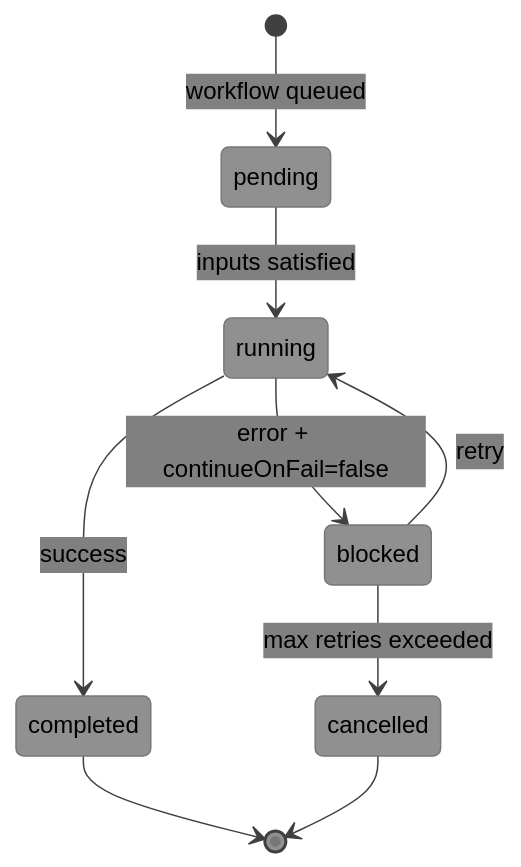
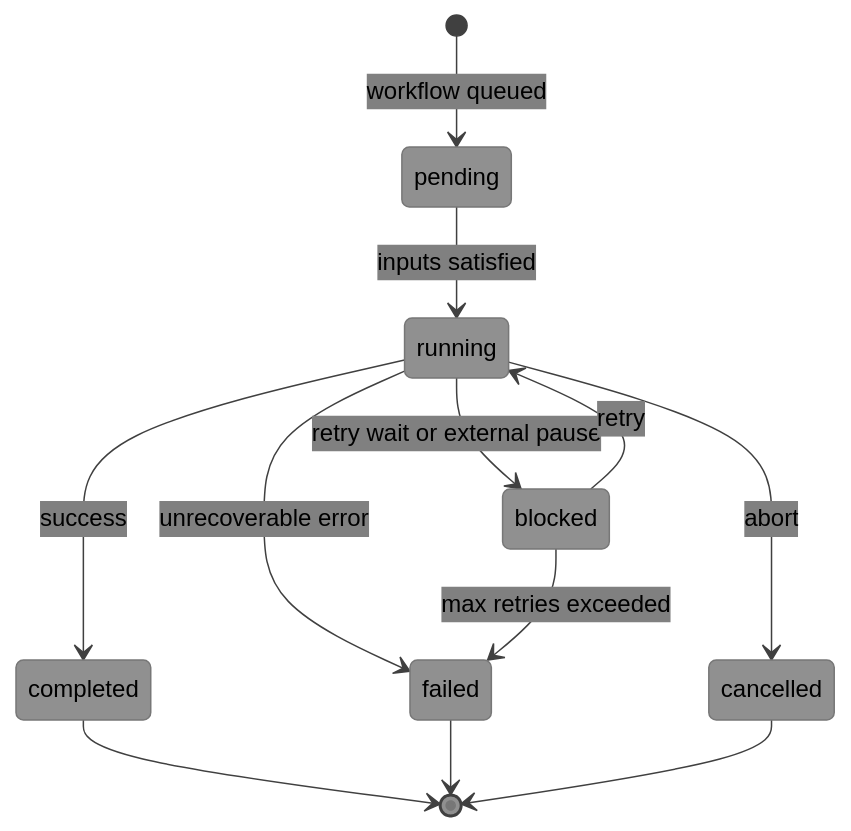
One commit to eltmon/vBRIEF changed the fifth of 20 diagrams in docs/vbrief-workflow-profile.md. Above: the diagram before and after it, drawn with Mermaid. The commit also changed other lines of this file and 33 other files, not shown here.

Commit message:
feat: add builder module, v0.6 schema, tests, docs, and tooling updates

````diff
--- a/docs/vbrief-workflow-profile.md
+++ b/docs/vbrief-workflow-profile.md
@@ -348,12 +351,15 @@
 ```mermaid
-%%{init: {'theme': 'base', 'themeVariables': {'primaryTextColor': '#000000', 'secondaryTextColor': '#000000', 'tertiaryTextColor': '#000000', 'noteTextColor': '#000000', 'primaryColor': '#909090', 'secondaryColor': '#808080', 'tertiaryColor': '#707070', 'lineColor': '#404040', 'stateLabelColor': '#000000', 'compositeBackground': '#a0a0a0'}}}%%
+%%{init: {"theme": "base", "themeVariables": {"primaryTextColor": "#000000", "secondaryTextColor": "#000000", "tertiaryTextColor": "#000000", "noteTextColor": "#000000", "primaryColor": "#909090", "secondaryColor": "#808080", "tertiaryColor": "#707070", "lineColor": "#404040", "stateLabelColor": "#000000", "compositeBackground": "#a0a0a0"}}}%%
 stateDiagram-v2
     [*] --> pending : workflow queued
     pending --> running : inputs satisfied
     running --> completed : success
-    running --> blocked : error + continueOnFail=false
+    running --> blocked : retry wait or external pause
+    running --> failed : unrecoverable error
     blocked --> running : retry
-    blocked --> cancelled : max retries exceeded
+    blocked --> failed : max retries exceeded
+    running --> cancelled : abort
     completed --> [*]
+    failed --> [*]
     cancelled --> [*]
 ```
````
